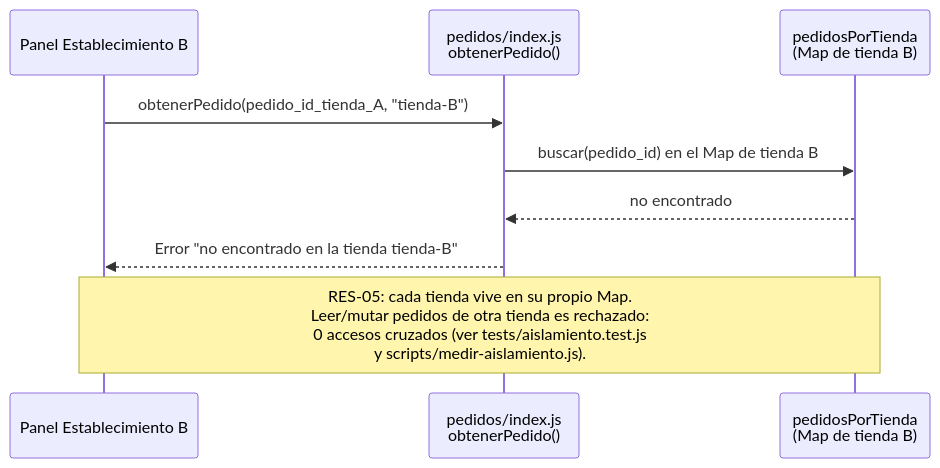
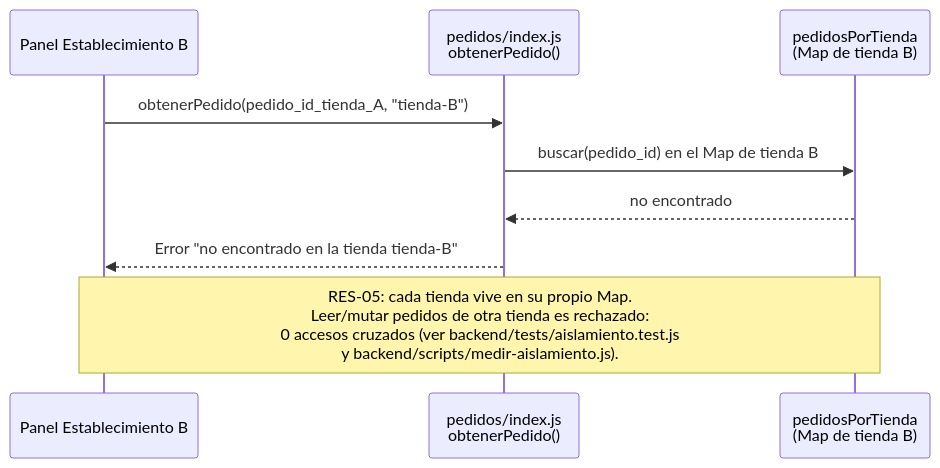
Before and after one commit to ISCOUTB/AS_202620_LaPlacita: the fourth of 7 diagrams in docs/arc42/arc42-template-EN.md, drawn with Mermaid. The commit also changed other lines of this file and 49 other files, not shown here.

````diff
--- a/docs/arc42/arc42-template-EN.md
+++ b/docs/arc42/arc42-template-EN.md
@@ -305,13 +305,13 @@
 ```mermaid
 sequenceDiagram
     participant Panel as Panel Establecimiento B
     participant Svc as pedidos/index.js<br/>obtenerPedido()
     participant Str as pedidosPorTienda<br/>(Map de tienda B)
 
     Panel->>Svc: obtenerPedido(pedido_id_tienda_A, "tienda-B")
     Svc->>Str: buscar(pedido_id) en el Map de tienda B
     Str-->>Svc: no encontrado
     Svc-->>Panel: Error "no encontrado en la tienda tienda-B"
 
-    Note over Panel, Str: RES-05: cada tienda vive en su propio Map.<br/>Leer/mutar pedidos de otra tienda es rechazado:<br/>0 accesos cruzados (ver tests/aislamiento.test.js<br/>y scripts/medir-aislamiento.js).
+    Note over Panel, Str: RES-05: cada tienda vive en su propio Map.<br/>Leer/mutar pedidos de otra tienda es rechazado:<br/>0 accesos cruzados (ver backend/tests/aislamiento.test.js<br/>y backend/scripts/medir-aislamiento.js).
 ```
````
